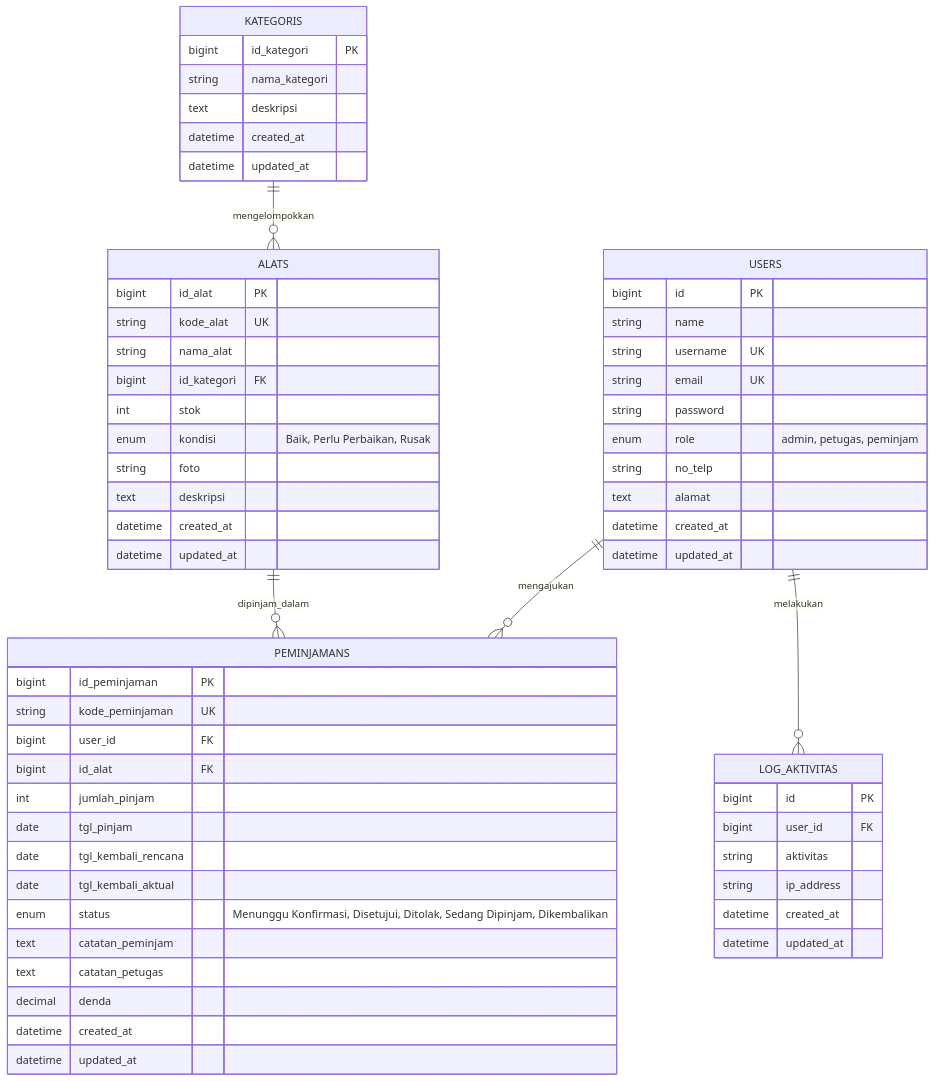
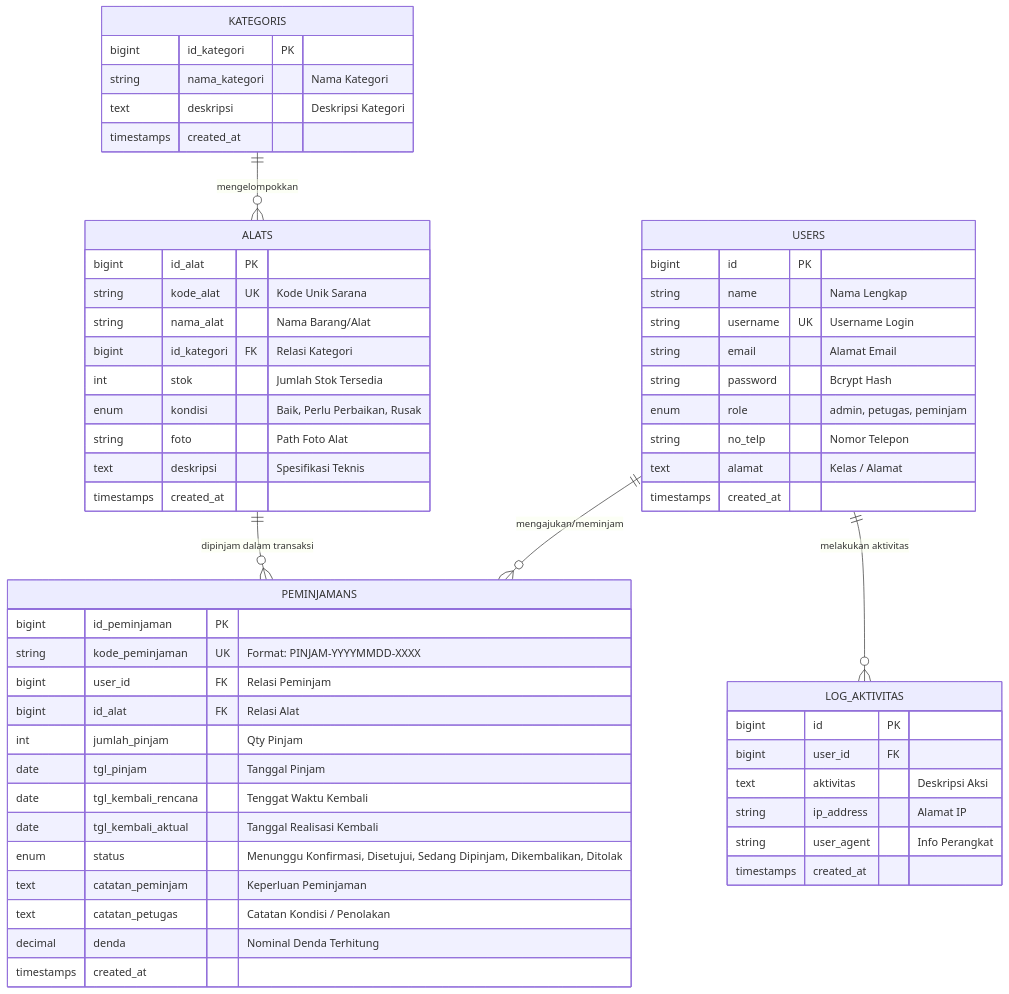
One commit to Artvael/UKK-RPL changed the diagram in README.md. Above: the diagram before and after it, drawn with Mermaid. The commit also changed other lines of this file and 57 other files, not shown here.

````diff
--- a/README.md
+++ b/README.md
@@ -32,67 +57,63 @@
 ```mermaid
 erDiagram
+    USERS ||--o{ PEMINJAMANS : "mengajukan/meminjam"
+    USERS ||--o{ LOG_AKTIVITAS : "melakukan aktivitas"
+    KATEGORIS ||--o{ ALATS : "mengelompokkan"
+    ALATS ||--o{ PEMINJAMANS : "dipinjam dalam transaksi"
+
     USERS {
         bigint id PK
-        string name
-        string username UK
-        string email UK
-        string password
+        string name "Nama Lengkap"
+        string username UK "Username Login"
+        string email "Alamat Email"
+        string password "Bcrypt Hash"
         enum role "admin, petugas, peminjam"
-        string no_telp
-        text alamat
-        datetime created_at
-        datetime updated_at
+        string no_telp "Nomor Telepon"
+        text alamat "Kelas / Alamat"
+        timestamps created_at
     }
 
     KATEGORIS {
         bigint id_kategori PK
-        string nama_kategori
-        text deskripsi
-        datetime created_at
-        datetime updated_at
+        string nama_kategori "Nama Kategori"
+        text deskripsi "Deskripsi Kategori"
+        timestamps created_at
     }
 
     ALATS {
         bigint id_alat PK
-        string kode_alat UK
-        string nama_alat
-        bigint id_kategori FK
-        int stok
+        string kode_alat UK "Kode Unik Sarana"
+        string nama_alat "Nama Barang/Alat"
+        bigint id_kategori FK "Relasi Kategori"
+        int stok "Jumlah Stok Tersedia"
         enum kondisi "Baik, Perlu Perbaikan, Rusak"
-        string foto
-        text deskripsi
-        datetime created_at
-        datetime updated_at
+        string foto "Path Foto Alat"
+        text deskripsi "Spesifikasi Teknis"
+        timestamps created_at
     }
 
     PEMINJAMANS {
         bigint id_peminjaman PK
-        string kode_peminjaman UK
-        bigint user_id FK
-        bigint id_alat FK
-        int jumlah_pinjam
-        date tgl_pinjam
-        date tgl_kembali_rencana
-        date tgl_kembali_aktual
-        enum status "Menunggu Konfirmasi, Disetujui, Ditolak, Sedang Dipinjam, Dikembalikan"
-        text catatan_peminjam
-        text catatan_petugas
-        decimal denda
-        datetime created_at
-        datetime updated_at
+        string kode_peminjaman UK "Format: PINJAM-YYYYMMDD-XXXX"
+        bigint user_id FK "Relasi Peminjam"
+        bigint id_alat FK "Relasi Alat"
+        int jumlah_pinjam "Qty Pinjam"
+        date tgl_pinjam "Tanggal Pinjam"
+        date tgl_kembali_rencana "Tenggat Waktu Kembali"
+        date tgl_kembali_aktual "Tanggal Realisasi Kembali"
+        enum status "Menunggu Konfirmasi, Disetujui, Sedang Dipinjam, Dikembalikan, Ditolak"
+        text catatan_peminjam "Keperluan Peminjaman"
+        text catatan_petugas "Catatan Kondisi / Penolakan"
+        decimal denda "Nominal Denda Terhitung"
+        timestamps created_at
     }
 
     LOG_AKTIVITAS {
         bigint id PK
         bigint user_id FK
-        string aktivitas
-        string ip_address
-        datetime created_at
-        datetime updated_at
+        text aktivitas "Deskripsi Aksi"
+        string ip_address "Alamat IP"
+        string user_agent "Info Perangkat"
+        timestamps created_at
     }
-
-    USERS ||--o{ PEMINJAMANS : "mengajukan"
-    USERS ||--o{ LOG_AKTIVITAS : "melakukan"
-    KATEGORIS ||--o{ ALATS : "mengelompokkan"
-    ALATS ||--o{ PEMINJAMANS : "dipinjam_dalam"
 ```
````
